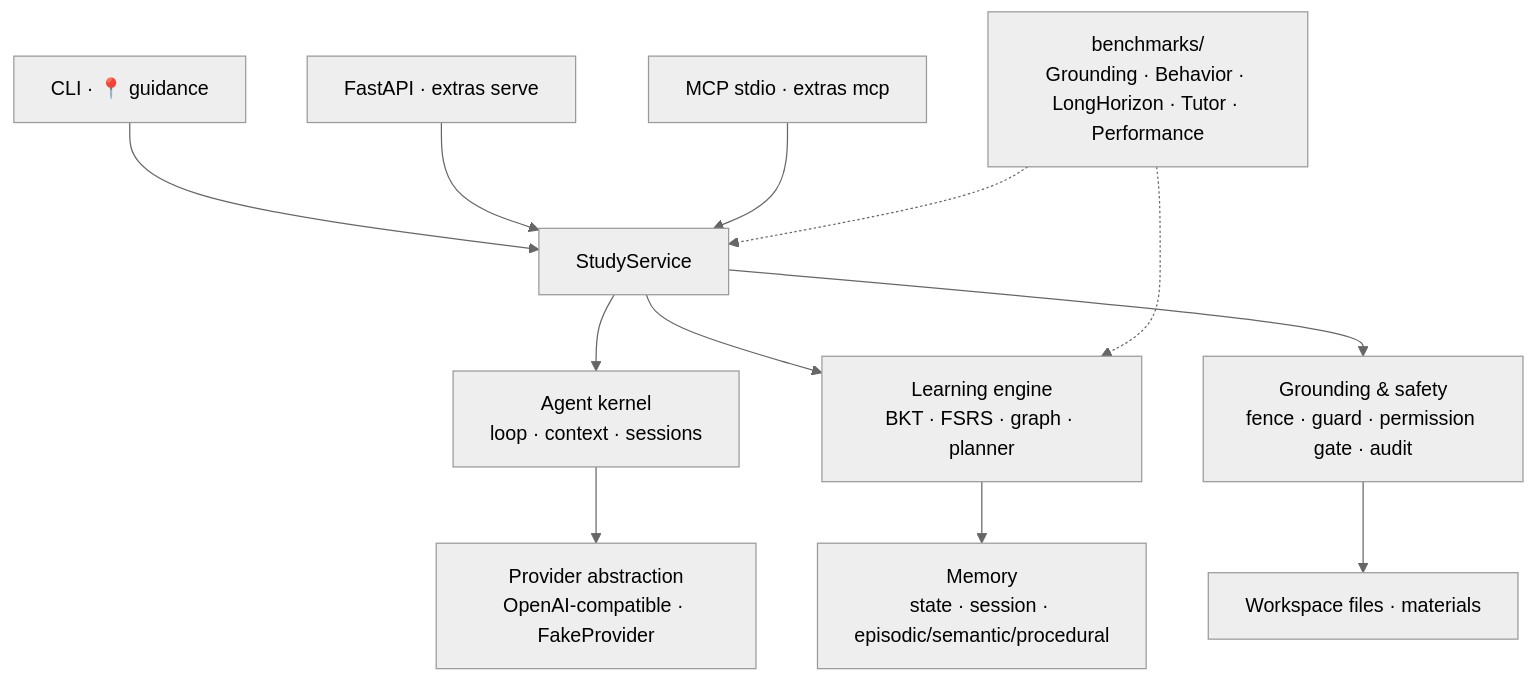
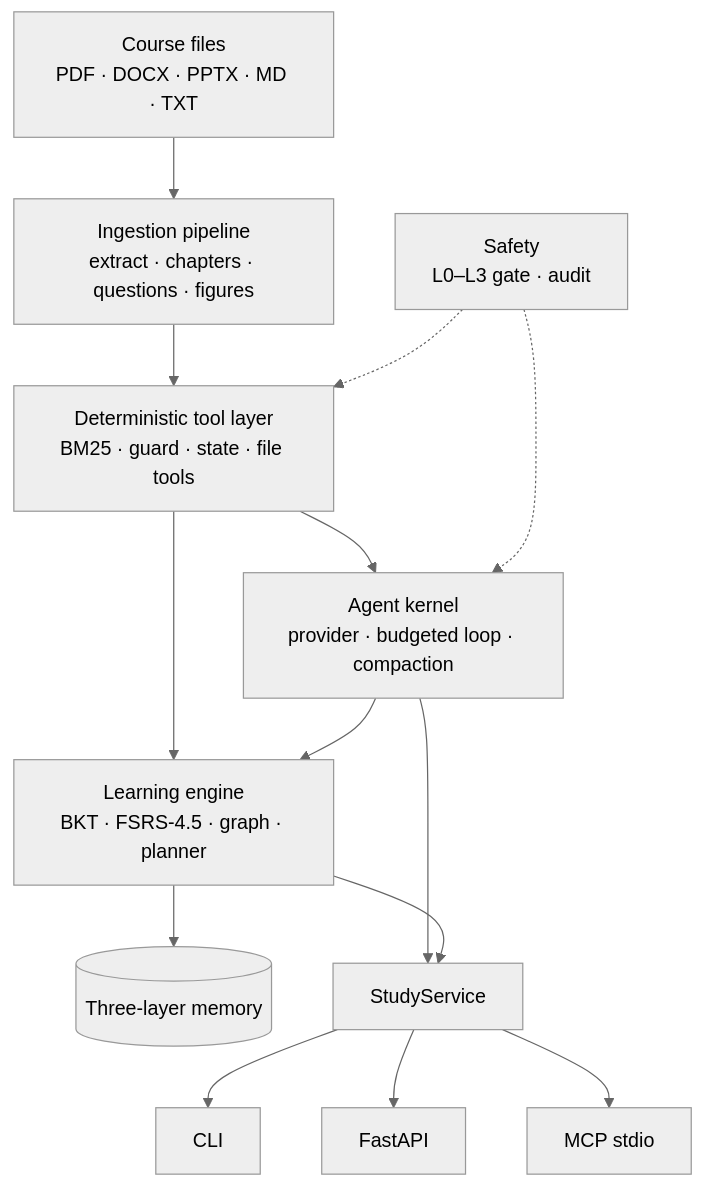
One commit to ZeKaiNie/examprep-agent changed the diagram in README.md. Above: the diagram before and after it, drawn with Mermaid (neutral theme). The commit also changed other lines of this file, not shown here.

Commit message:
README: homepage redesign — centered header with honest badges, live-session demo block, benchmark highlights with bar visuals (numbers verbatim from results.json), skill-vs-agent comparison, mermaid architecture, quick start, security model, roadmap

````diff
--- a/README.md
+++ b/README.md
@@ -119,14 +193,16 @@
 ```mermaid
 flowchart TB
-  CLI[CLI · 📍 guidance] --> Service[StudyService]
-  HTTP[FastAPI · extras serve] --> Service
-  MCP[MCP stdio · extras mcp] --> Service
-  Service --> Kernel[Agent kernel<br/>loop · context · sessions]
-  Service --> Learning[Learning engine<br/>BKT · FSRS · graph · planner]
-  Service --> Safety[Grounding & safety<br/>fence · guard · permission gate · audit]
-  Kernel --> Provider[Provider abstraction<br/>OpenAI-compatible · FakeProvider]
-  Learning --> Memory[Memory<br/>state · session · episodic/semantic/procedural]
-  Safety --> Files[Workspace files · materials]
-  Bench[benchmarks/<br/>Grounding · Behavior · LongHorizon · Tutor · Performance] -.-> Service
-  Bench -.-> Learning
+  Materials["Course files<br/>PDF · DOCX · PPTX · MD · TXT"] --> Pipeline["Ingestion pipeline<br/>extract · chapters · questions · figures"]
+  Pipeline --> Tools["Deterministic tool layer<br/>BM25 · guard · state · file tools"]
+  Tools --> Kernel["Agent kernel<br/>provider · budgeted loop · compaction"]
+  Tools --> Learning["Learning engine<br/>BKT · FSRS-4.5 · graph · planner"]
+  Kernel --> Learning
+  Learning --> Memory[("Three-layer memory")]
+  Kernel --> Service["StudyService"]
+  Learning --> Service
+  Safety["Safety<br/>L0–L3 gate · audit"] -.-> Tools
+  Safety -.-> Kernel
+  Service --> CLI["CLI"]
+  Service --> API["FastAPI"]
+  Service --> MCP["MCP stdio"]
 ```
````
